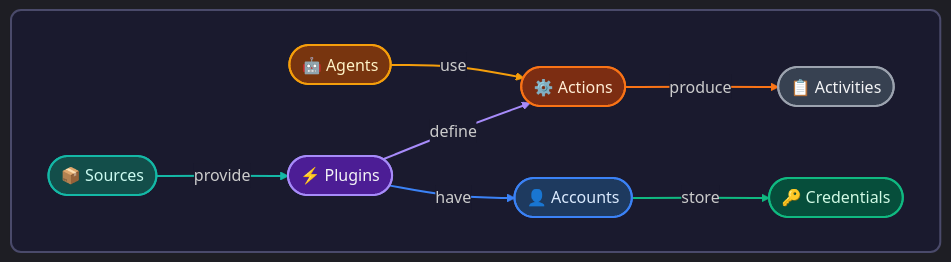
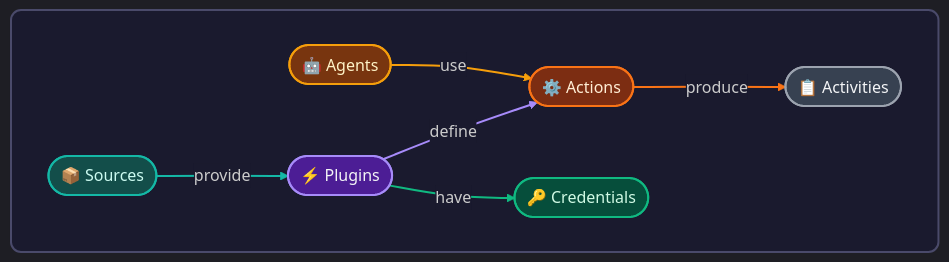
The first of 2 diagrams in README.md (agentos-to/skills), drawn with Mermaid before and after one commit. The commit also changed other lines of this file, not shown here.

Commit message:
docs: update README with unified credential model
- Clarify that Accounts are credential names, not separate entities
- Update domain model diagram to show Plugin → Credential relationship
- Remove references to separate account management

````diff
--- a/README.md
+++ b/README.md
@@ -9,29 +9,26 @@
 ```mermaid
 %%{init: {'theme': 'dark', 'themeVariables': { 'fontSize': '16px', 'fontFamily': 'ui-monospace, monospace', 'lineColor': '#6b7280', 'primaryTextColor': '#f3f4f6', 'edgeLabelBackground': '#1a1a2e' }}}%%
 flowchart LR
     subgraph Container[" "]
         direction LR
         Sources(["📦 Sources"]) -->|provide| Plugins(["⚡ Plugins"])
         Agents(["🤖 Agents"]) -->|use| Actions(["⚙️ Actions"])
         Plugins -->|define| Actions
         Actions -->|produce| Activities(["📋 Activities"])
-        Plugins -->|have| Accounts(["👤 Accounts"])
-        Accounts -->|store| Credentials(["🔑 Credentials"])
+        Plugins -->|have| Credentials(["🔑 Credentials"])
     end
     
     style Container fill:#1a1a2e,stroke:#4a4a6a,stroke-width:2px,rx:10,ry:10
     style Sources fill:#134e4a,stroke:#14b8a6,stroke-width:2px,color:#ccfbf1
     style Plugins fill:#4c1d95,stroke:#a78bfa,stroke-width:2px,color:#f3f4f6
     style Agents fill:#78350f,stroke:#f59e0b,stroke-width:2px,color:#fef3c7
     style Actions fill:#7c2d12,stroke:#f97316,stroke-width:2px,color:#ffedd5
     style Activities fill:#374151,stroke:#9ca3af,stroke-width:2px,color:#f3f4f6
-    style Accounts fill:#1e3a5f,stroke:#3b82f6,stroke-width:2px,color:#dbeafe
     style Credentials fill:#064e3b,stroke:#10b981,stroke-width:2px,color:#d1fae5
     
     linkStyle 0 stroke:#14b8a6,stroke-width:2px
     linkStyle 1 stroke:#f59e0b,stroke-width:2px
     linkStyle 2 stroke:#a78bfa,stroke-width:2px
     linkStyle 3 stroke:#f97316,stroke-width:2px
-    linkStyle 4 stroke:#3b82f6,stroke-width:2px
-    linkStyle 5 stroke:#10b981,stroke-width:2px
+    linkStyle 4 stroke:#10b981,stroke-width:2px
 ```
````
